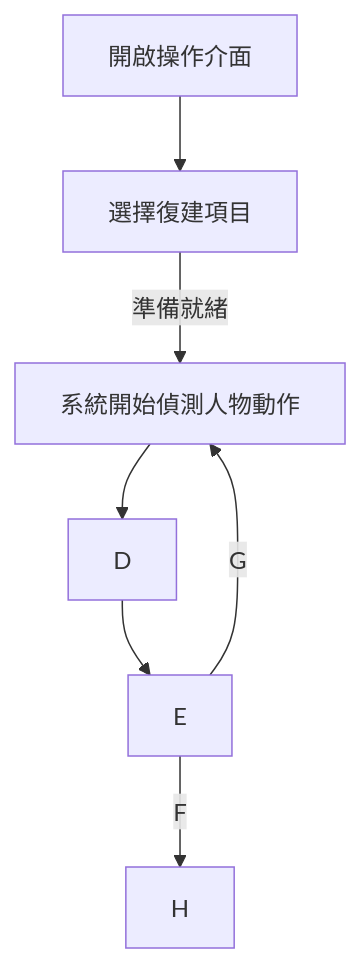
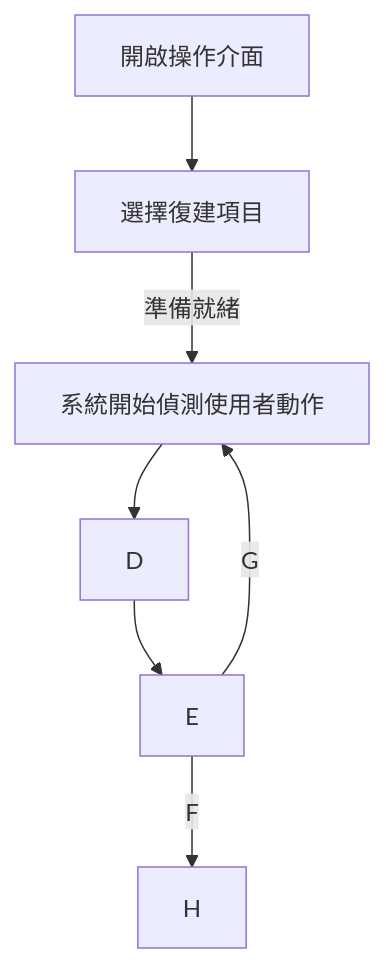
One commit to jamie-commander/Python_MediaPipe_Tk changed the diagram in README.md. Above: the diagram before and after it, drawn with Mermaid.

````diff
--- a/README.md
+++ b/README.md
@@ -4,9 +4,9 @@
 ```mermaid
         graph TD
         Big_Data_Catch[開啟操作介面] --> Calc[選擇復建項目]
-        Calc -- 準備就緒 --> Analysis[系統開始偵測人物動作]
+        Calc -- 準備就緒 --> Analysis[系統開始偵測使用者動作]
         Analysis --> feature[D]
         feature --> backtrader[E]
         backtrader -- F --> result[H]
         backtrader -- G --> Analysis
 ```
````
